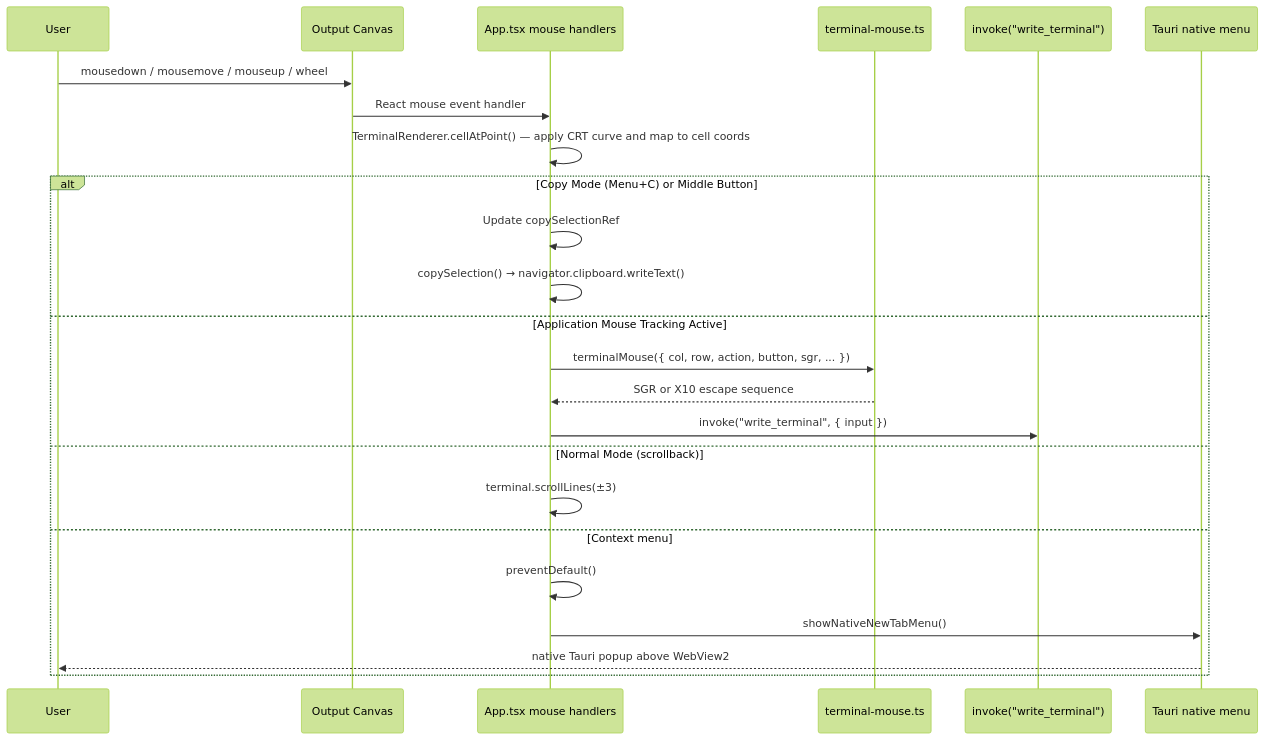
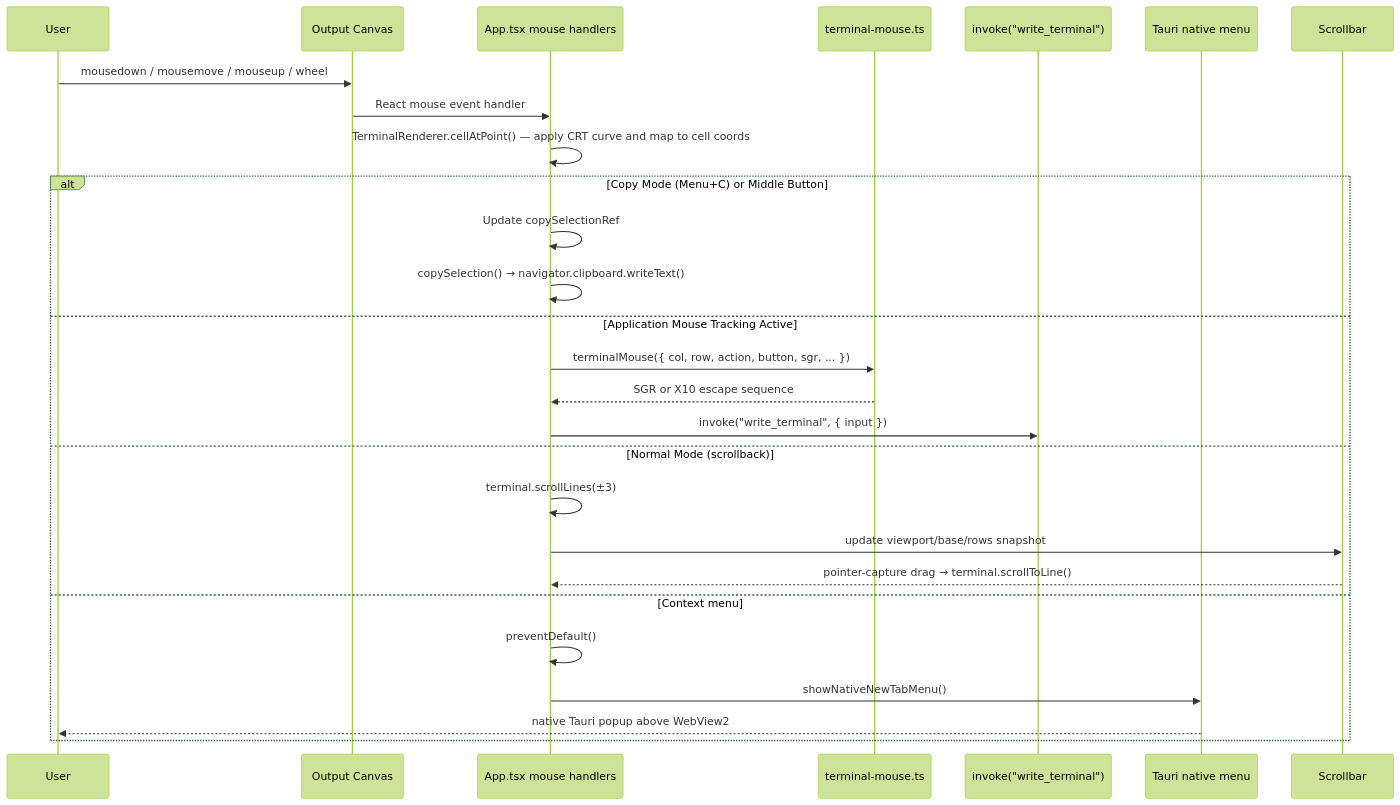
One commit to z-hunter/Scanline-Term changed the fifth of 6 diagrams in docs/02-architecture.md. Above: the diagram before and after it, drawn with Mermaid (forest theme). The commit also changed other lines of this file and 13 other files, not shown here.

First line of the commit message:
feature: A terminal buffer scrollbar, draggeble with the mouse. The buffer size has been increased to 10,000 lines per tab.

````diff
--- a/docs/02-architecture.md
+++ b/docs/02-architecture.md
@@ -192,27 +194,29 @@
 ```mermaid
 sequenceDiagram
     participant User as User
     participant Canvas as Output Canvas
     participant App as App.tsx mouse handlers
     participant Mouse as terminal-mouse.ts
     participant Invoke as invoke("write_terminal")
     participant NativeMenu as Tauri native menu
 
     User->>Canvas: mousedown / mousemove / mouseup / wheel
     Canvas->>App: React mouse event handler
     App->>App: TerminalRenderer.cellAtPoint() — apply CRT curve and map to cell coords
     alt Copy Mode (Menu+C) or Middle Button
         App->>App: Update copySelectionRef
         App->>App: copySelection() → navigator.clipboard.writeText()
     else Application Mouse Tracking Active
         App->>Mouse: terminalMouse({ col, row, action, button, sgr, ... })
         Mouse-->>App: SGR or X10 escape sequence
         App->>Invoke: invoke("write_terminal", { input })
     else Normal Mode (scrollback)
         App->>App: terminal.scrollLines(±3)
+        App->>Scrollbar: update viewport/base/rows snapshot
+        Scrollbar-->>App: pointer-capture drag → terminal.scrollToLine()
     else Context menu
         App->>App: preventDefault()
         App->>NativeMenu: showNativeNewTabMenu()
         NativeMenu-->>User: native Tauri popup above WebView2
     end
 ```
````
